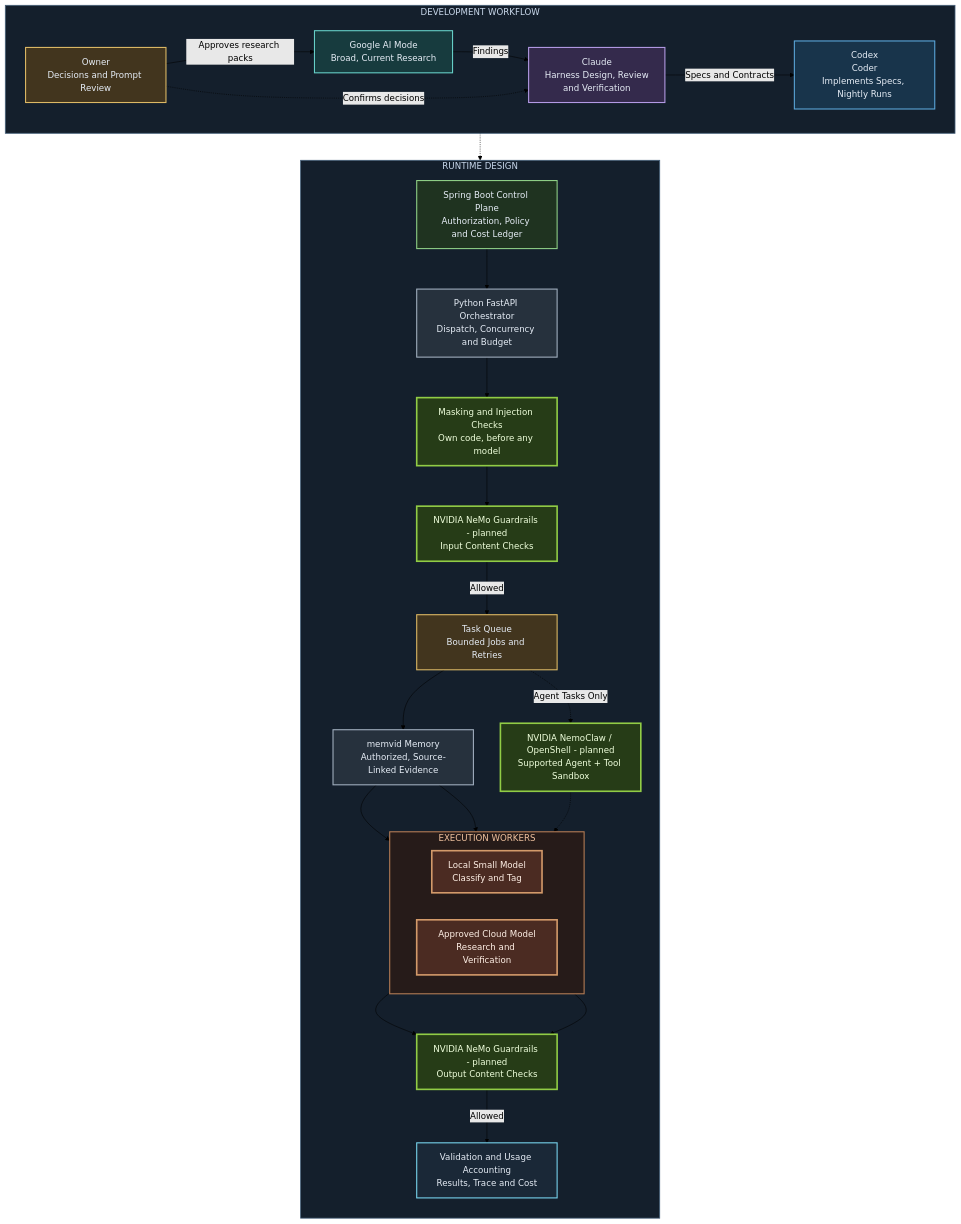
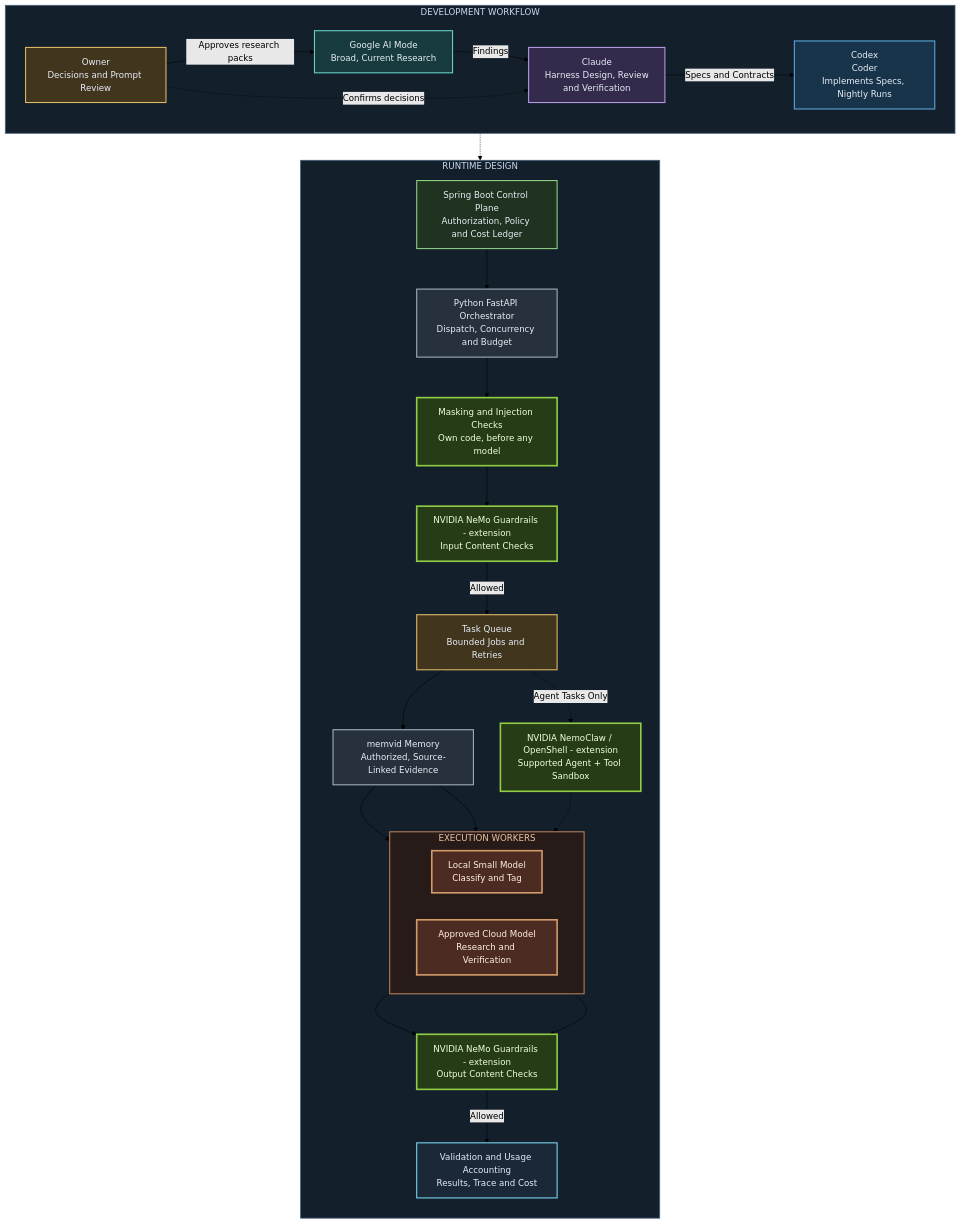
The diagram in assets/diagrams/orchestration-architecture-dark.mmd (ai-agent-orchestrator/ai-multi-agent-orchestration), drawn with Mermaid (forest theme) before and after one commit. The commit also changed 22 other files, not shown here.

First line of the commit message:
docs: introduce two multi-agent systems with concept and prototype flowcharts; planned becomes extension

```diff
--- a/assets/diagrams/orchestration-architecture-dark.mmd
+++ b/assets/diagrams/orchestration-architecture-dark.mmd
@@ -1,64 +1,64 @@
 flowchart TB
     subgraph Development["DEVELOPMENT WORKFLOW"]
         direction LR
         Owner["Owner<br/>Decisions and Prompt Review"]
         Google["Google AI Mode<br/>Broad, Current Research"]
         Claude["Claude<br/>Harness Design, Review<br/>and Verification"]
         Codex["Codex<br/>Coder<br/>Implements Specs, Nightly Runs"]
         Owner -->|"Approves research packs"| Google
         Google -->|"Findings"| Claude
         Claude -->|"Specs and Contracts"| Codex
         Owner -.->|"Confirms decisions"| Claude
     end
 
     Codex -.-> Spring
 
     subgraph Runtime["RUNTIME DESIGN"]
         direction TB
         Spring["Spring Boot Control Plane<br/>Authorization, Policy and Cost Ledger"]
         Python["Python FastAPI Orchestrator<br/>Dispatch, Concurrency and Budget"]
         Mask["Masking and Injection Checks<br/>Own code, before any model"]
-        InputRails["NVIDIA NeMo Guardrails - planned<br/>Input Content Checks"]
+        InputRails["NVIDIA NeMo Guardrails - extension<br/>Input Content Checks"]
         Queue["Task Queue<br/>Bounded Jobs and Retries"]
         Memory["memvid Memory<br/>Authorized, Source-Linked Evidence"]
-        Sandbox["NVIDIA NemoClaw / OpenShell - planned<br/>Supported Agent + Tool Sandbox"]
+        Sandbox["NVIDIA NemoClaw / OpenShell - extension<br/>Supported Agent + Tool Sandbox"]
         subgraph Workers["EXECUTION WORKERS"]
             direction LR
             W1["Local Small Model<br/>Classify and Tag"]
             W2["Approved Cloud Model<br/>Research and Verification"]
         end
         Validate["Validation and Usage Accounting<br/>Results, Trace and Cost"]
-        OutputRails["NVIDIA NeMo Guardrails - planned<br/>Output Content Checks"]
+        OutputRails["NVIDIA NeMo Guardrails - extension<br/>Output Content Checks"]
         Spring --> Python --> Mask --> InputRails -->|"Allowed"| Queue
         Queue --> Memory
         Memory --> W1
         Memory --> W2
         Queue -.->|"Agent Tasks Only"| Sandbox
         Sandbox -.-> W2
         W1 --> OutputRails
         W2 --> OutputRails
         OutputRails -->|"Allowed"| Validate
     end
 
     classDef strategy fill:#173b3e,stroke:#66cfc8,stroke-width:2px,color:#e6edf6
     classDef architecture fill:#342a4c,stroke:#b39ae5,stroke-width:2px,color:#e6edf6
     classDef engineering fill:#18344b,stroke:#5ba7db,stroke-width:2px,color:#e6edf6
     classDef python fill:#26313d,stroke:#a1afbf,stroke-width:2px,color:#e6edf6
     classDef java fill:#1f3320,stroke:#8fcf86,stroke-width:2px,color:#e6edf6
     classDef nvidia fill:#263c17,stroke:#91cc45,stroke-width:3px,color:#efffdc
     classDef worker fill:#4b2b22,stroke:#d39a6a,stroke-width:3px,color:#fff0e6
     classDef control fill:#42351e,stroke:#ddb965,stroke-width:2px,color:#e6edf6
     classDef result fill:#1a2837,stroke:#78d5ef,stroke-width:2px,color:#e6edf6
     class Owner control
     class Google strategy
     class Claude architecture
     class Codex engineering
     class Spring java
     class Python,Memory python
     class Mask,InputRails,OutputRails,Sandbox nvidia
     class Queue control
     class W1,W2 worker
     class Validate result
     style Development fill:#141f2c,stroke:#455f79,stroke-width:1.5px,color:#c9d8eb
     style Runtime fill:#141f2c,stroke:#455f79,stroke-width:1.5px,color:#c9d8eb
     style Workers fill:#261b19,stroke:#b57d55,stroke-width:2px,color:#efc19e
```
